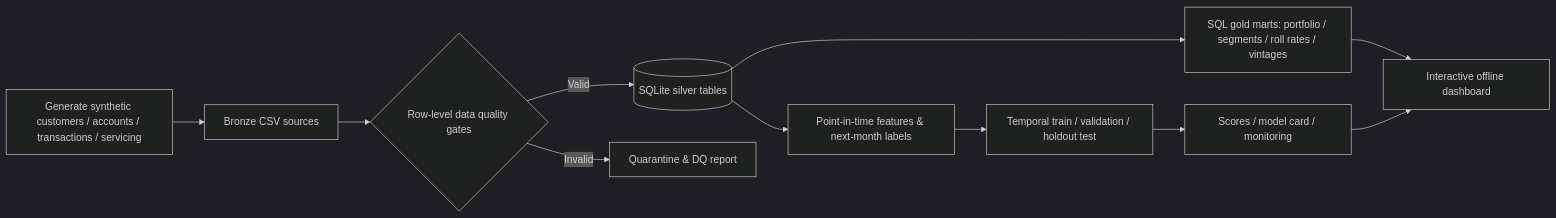
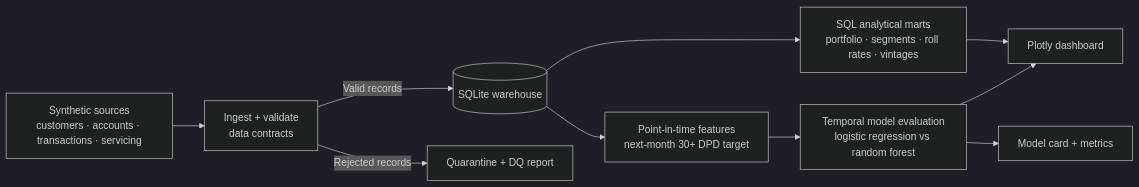
The diagram in README.md (Datamathican/bankpulse-retail-risk-platform), drawn with Mermaid (dark theme) before and after one commit. The commit also changed other lines of this file, not shown here.

````diff
--- a/README.md
+++ b/README.md
@@ -26,13 +38,12 @@
 ```mermaid
 flowchart LR
- A[Generate synthetic customers / accounts / transactions / servicing] --> B[Bronze CSV sources]
- B --> C{Row-level data quality gates}
- C -->|Valid| D[(SQLite silver tables)]
- C -->|Invalid| Q[Quarantine & DQ report]
- D --> E[SQL gold marts: portfolio / segments / roll rates / vintages]
- D --> F[Point-in-time features & next-month labels]
- F --> G[Temporal train / validation / holdout test]
- G --> H[Scores / model card / monitoring]
- E --> I[Interactive offline dashboard]
- H --> I
+    A["Synthetic sources<br/>customers · accounts · transactions · servicing"] --> B["Ingest + validate<br/>data contracts"]
+    B -->|Valid records| C[("SQLite warehouse")]
+    B -->|Rejected records| Q["Quarantine + DQ report"]
+    C --> D["SQL analytical marts<br/>portfolio · segments · roll rates · vintages"]
+    C --> E["Point-in-time features<br/>next-month 30+ DPD target"]
+    E --> F["Temporal model evaluation<br/>logistic regression vs random forest"]
+    D --> G["Plotly dashboard"]
+    F --> G
+    F --> H["Model card + metrics"]
 ```
````
